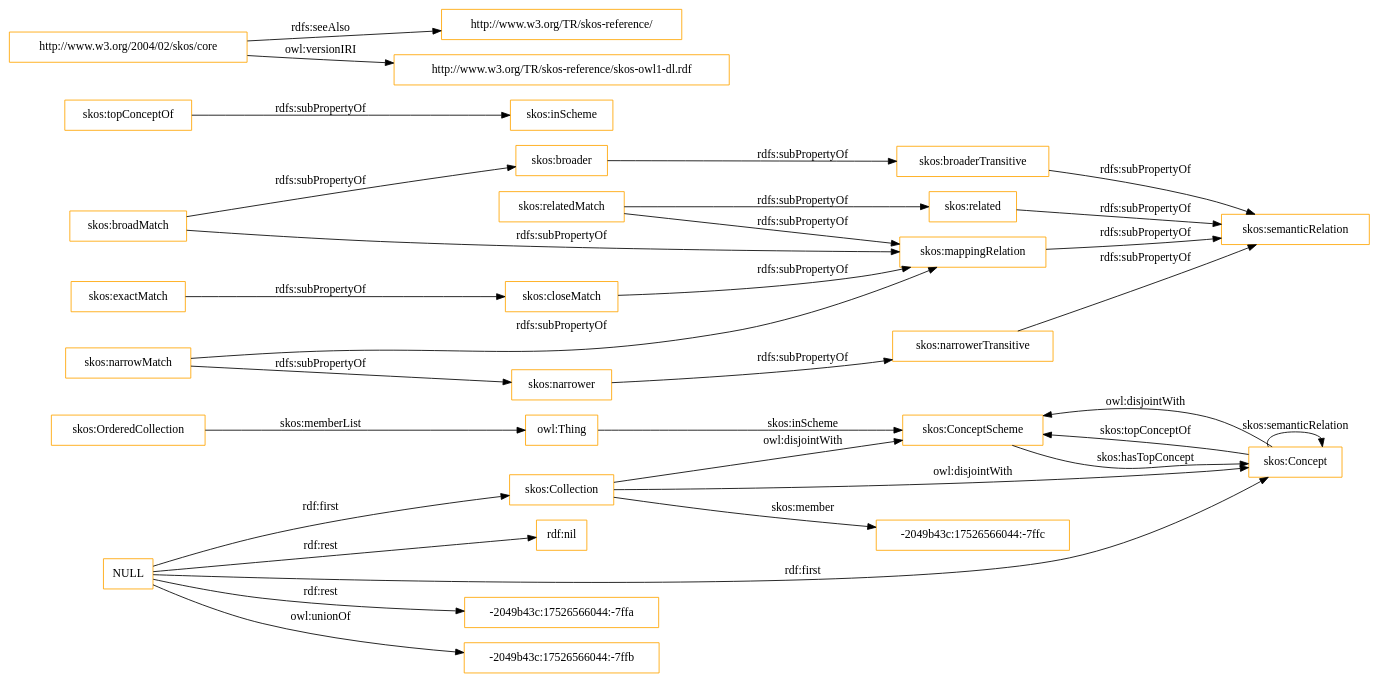
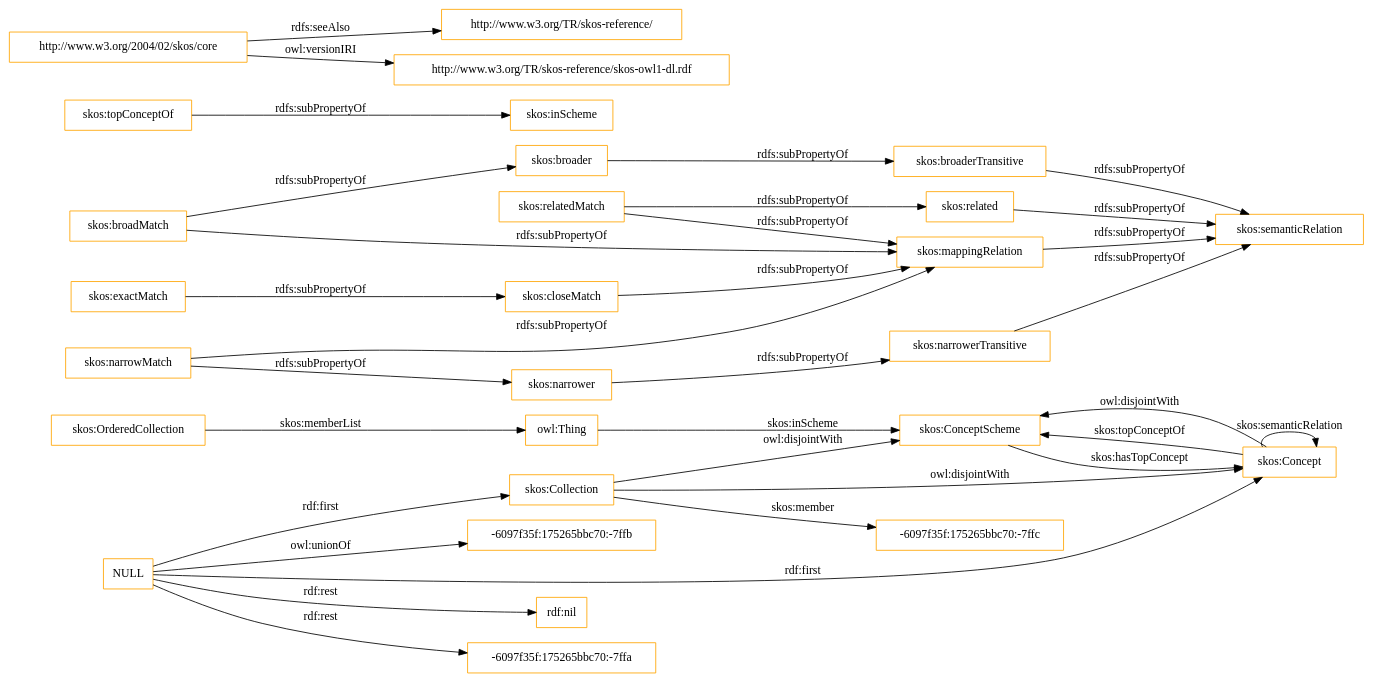
Before and after one commit to OnToologyUser/core-ontology-1: the diagram in OnToology/imports/skos.owl/diagrams/ar2dtool-class/skos.owl.png.dot, drawn with Graphviz. The commit also changed 14 other files, not shown here.

```diff
--- a/OnToology/imports/skos.owl/diagrams/ar2dtool-class/skos.owl.png.dot
+++ b/OnToology/imports/skos.owl/diagrams/ar2dtool-class/skos.owl.png.dot
@@ -1,37 +1,37 @@
 digraph ar2dtool_diagram { 
 rankdir=LR;
 size="1501"
-node [shape = rectangle, color="orange"]; "skos:OrderedCollection" "skos:ConceptScheme" "skos:Concept" "skos:Collection" "-2049b43c:17526566044:-7ffc" ; /*classes style*/
+node [shape = rectangle, color="orange"]; "skos:OrderedCollection" "skos:ConceptScheme" "skos:Concept" "skos:Collection" "-6097f35f:175265bbc70:-7ffc" ; /*classes style*/
 	"skos:narrowerTransitive" -> "skos:semanticRelation" [ label = "rdfs:subPropertyOf" ];
-	"NULL" -> "-2049b43c:17526566044:-7ffa" [ label = "rdf:rest" ];
-	"NULL" -> "skos:Collection" [ label = "rdf:first" ];
-	"NULL" -> "-2049b43c:17526566044:-7ffb" [ label = "owl:unionOf" ];
 	"NULL" -> "rdf:nil" [ label = "rdf:rest" ];
 	"NULL" -> "skos:Concept" [ label = "rdf:first" ];
+	"NULL" -> "-6097f35f:175265bbc70:-7ffa" [ label = "rdf:rest" ];
+	"NULL" -> "skos:Collection" [ label = "rdf:first" ];
+	"NULL" -> "-6097f35f:175265bbc70:-7ffb" [ label = "owl:unionOf" ];
 	"skos:closeMatch" -> "skos:mappingRelation" [ label = "rdfs:subPropertyOf" ];
 	"skos:Concept" -> "skos:ConceptScheme" [ label = "owl:disjointWith" ];
 	"skos:relatedMatch" -> "skos:related" [ label = "rdfs:subPropertyOf" ];
 	"skos:relatedMatch" -> "skos:mappingRelation" [ label = "rdfs:subPropertyOf" ];
 	"skos:related" -> "skos:semanticRelation" [ label = "rdfs:subPropertyOf" ];
 	"skos:topConceptOf" -> "skos:inScheme" [ label = "rdfs:subPropertyOf" ];
 	"skos:broadMatch" -> "skos:mappingRelation" [ label = "rdfs:subPropertyOf" ];
 	"skos:broadMatch" -> "skos:broader" [ label = "rdfs:subPropertyOf" ];
 	"skos:exactMatch" -> "skos:closeMatch" [ label = "rdfs:subPropertyOf" ];
 	"skos:broaderTransitive" -> "skos:semanticRelation" [ label = "rdfs:subPropertyOf" ];
 	"skos:broader" -> "skos:broaderTransitive" [ label = "rdfs:subPropertyOf" ];
 	"skos:mappingRelation" -> "skos:semanticRelation" [ label = "rdfs:subPropertyOf" ];
 	"http://www.w3.org/2004/02/skos/core" -> "http://www.w3.org/TR/skos-reference/" [ label = "rdfs:seeAlso" ];
 	"http://www.w3.org/2004/02/skos/core" -> "http://www.w3.org/TR/skos-reference/skos-owl1-dl.rdf" [ label = "owl:versionIRI" ];
 	"skos:Collection" -> "skos:ConceptScheme" [ label = "owl:disjointWith" ];
 	"skos:Collection" -> "skos:Concept" [ label = "owl:disjointWith" ];
 	"skos:narrower" -> "skos:narrowerTransitive" [ label = "rdfs:subPropertyOf" ];
 	"skos:narrowMatch" -> "skos:narrower" [ label = "rdfs:subPropertyOf" ];
 	"skos:narrowMatch" -> "skos:mappingRelation" [ label = "rdfs:subPropertyOf" ];
 	"skos:OrderedCollection" -> "owl:Thing" [ label = "skos:memberList" ];
 	"skos:Concept" -> "skos:ConceptScheme" [ label = "skos:topConceptOf" ];
 	"skos:Concept" -> "skos:Concept" [ label = "skos:semanticRelation" ];
-	"skos:Collection" -> "-2049b43c:17526566044:-7ffc" [ label = "skos:member" ];
+	"skos:Collection" -> "-6097f35f:175265bbc70:-7ffc" [ label = "skos:member" ];
 	"skos:ConceptScheme" -> "skos:Concept" [ label = "skos:hasTopConcept" ];
 	"owl:Thing" -> "skos:ConceptScheme" [ label = "skos:inScheme" ];
 
 }
```
